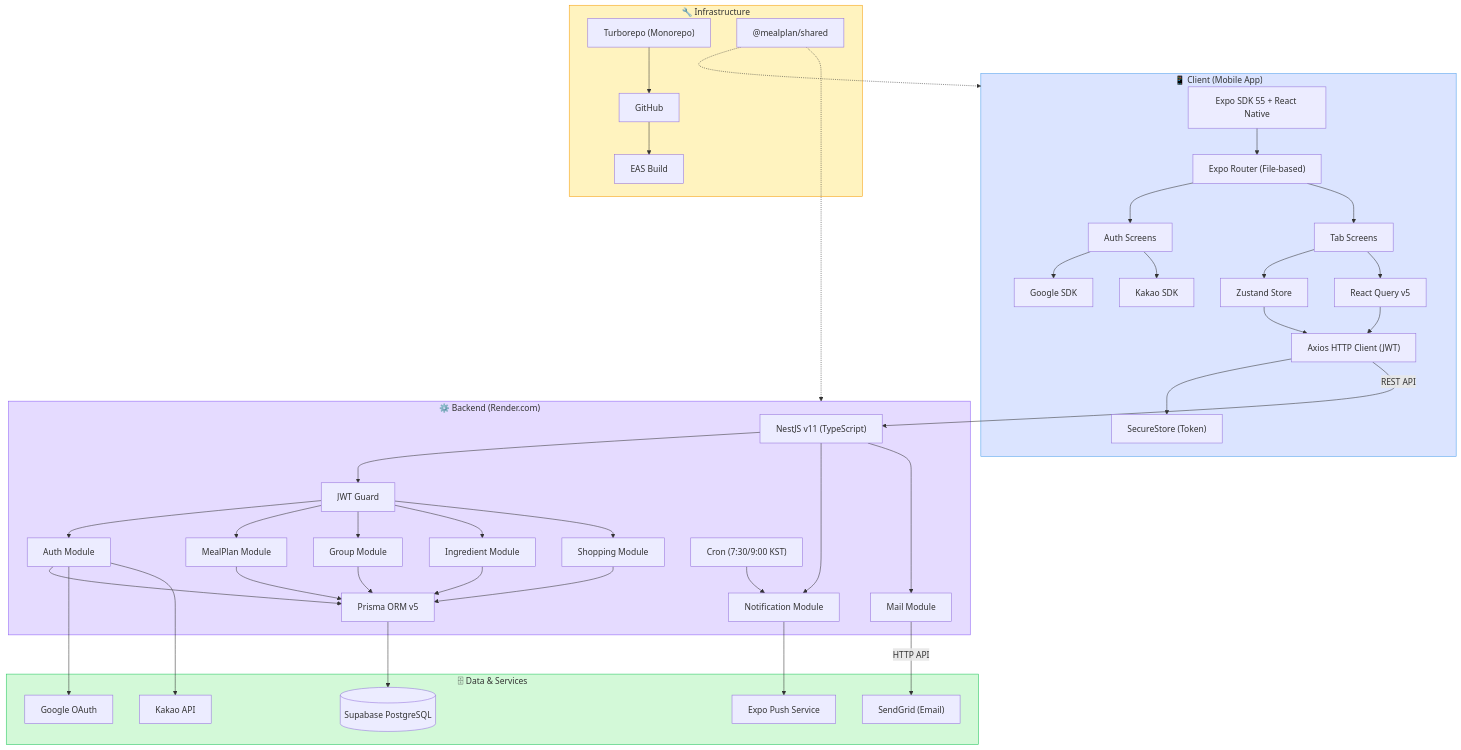
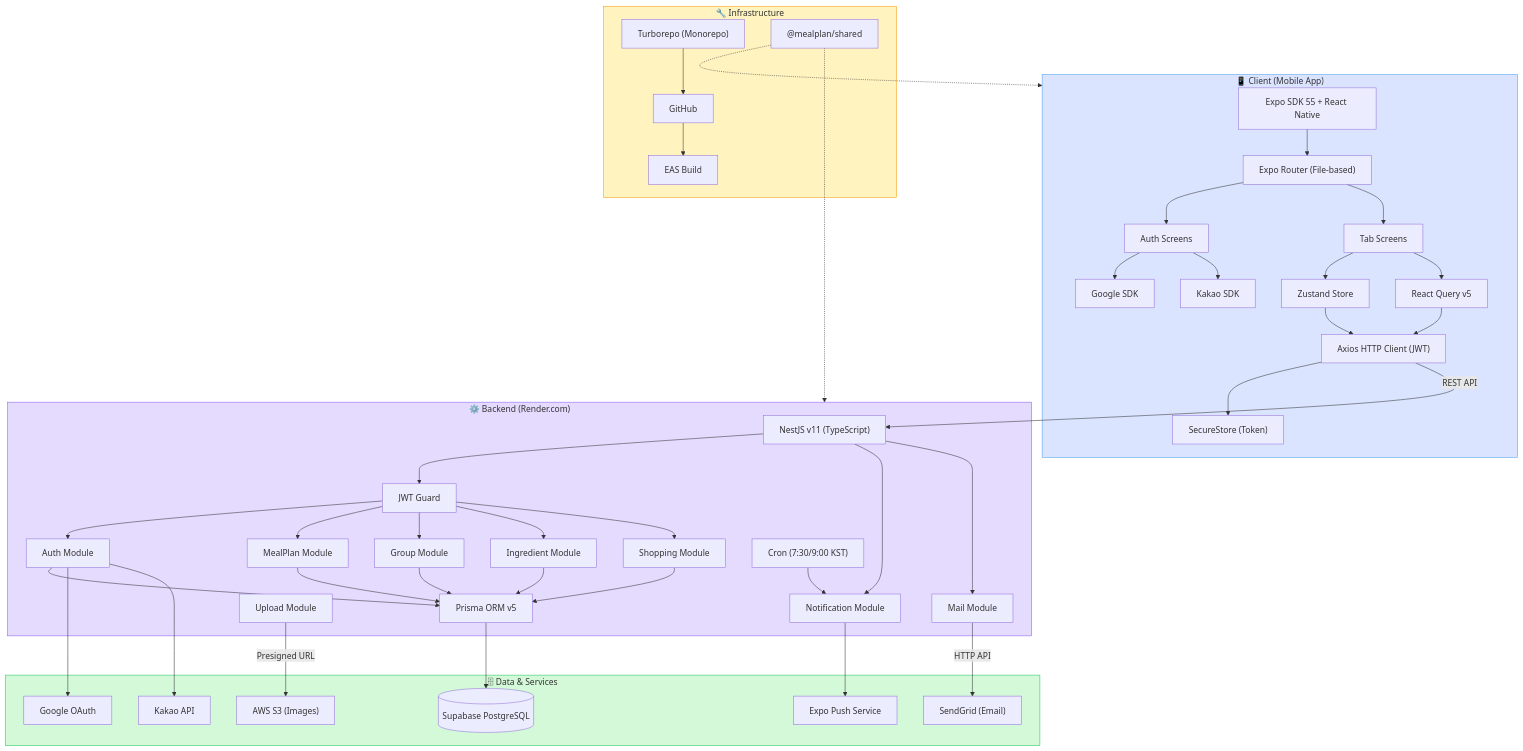
Before and after one commit to milcho0604/MealPlanning: the diagram in README.md, drawn with Mermaid. The commit also changed other lines of this file, not shown here.

First line of the commit message:
docs: README 업데이트 - S3 사진 업로드, Upload API 추가

```diff
--- a/README.md
+++ b/README.md
@@ -46,6 +46,7 @@
         MOD_SHOP["Shopping Module"]
         MOD_NOTIF["Notification Module"]
         MOD_MAIL["Mail Module"]
+        MOD_UPLOAD["Upload Module"]
         PRISMA["Prisma ORM v5"]
         CRON["Cron (7:30/9:00 KST)"]
 
@@ -67,6 +68,7 @@
 
     subgraph Data["🗄 Data & Services"]
         SUPABASE[("Supabase PostgreSQL")]
+        S3["AWS S3 (Images)"]
         SENDGRID["SendGrid (Email)"]
         EXPO_PUSH["Expo Push Service"]
         GOOGLE_OAUTH["Google OAuth"]
@@ -82,6 +84,7 @@
 
     AXIOS -- "REST API" --> NEST
     PRISMA --> SUPABASE
+    MOD_UPLOAD -- "Presigned URL" --> S3
     MOD_MAIL -- "HTTP API" --> SENDGRID
     MOD_NOTIF --> EXPO_PUSH
     MOD_AUTH --> GOOGLE_OAUTH
```
